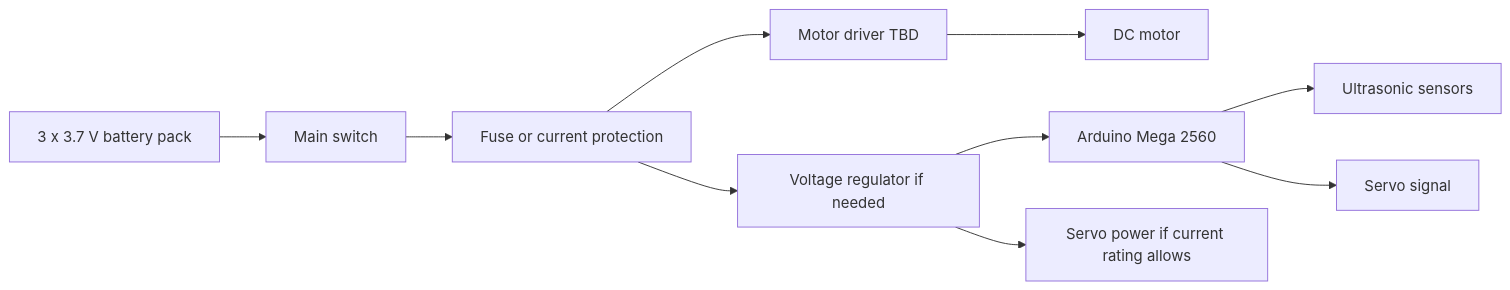
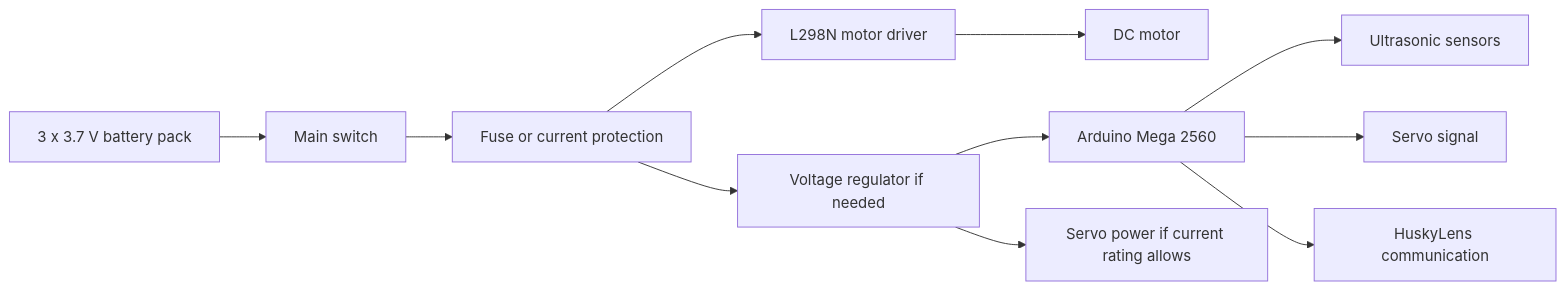
The diagram in docs/04_power_and_sensors.md (Yamilgmr/SKRobotics_WRO2026), drawn with Mermaid before and after one commit. The commit also changed other lines of this file and 22 other files, not shown here.

````diff
--- a/docs/04_power_and_sensors.md
+++ b/docs/04_power_and_sensors.md
@@ -9,12 +9,13 @@
 ```mermaid
 flowchart LR
     A["3 x 3.7 V battery pack"] --> B["Main switch"]
     B --> C["Fuse or current protection"]
-    C --> D["Motor driver TBD"]
+    C --> D["L298N motor driver"]
     D --> E["DC motor"]
     C --> F["Voltage regulator if needed"]
     F --> G["Arduino Mega 2560"]
     G --> H["Ultrasonic sensors"]
     G --> I["Servo signal"]
+    G --> K["HuskyLens communication"]
     F --> J["Servo power if current rating allows"]
 ```
````
